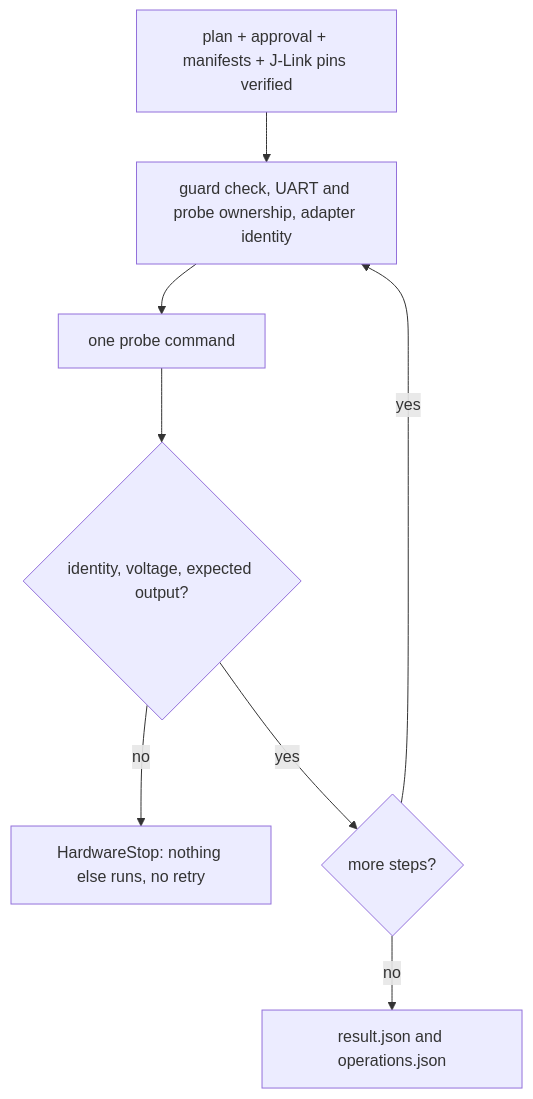
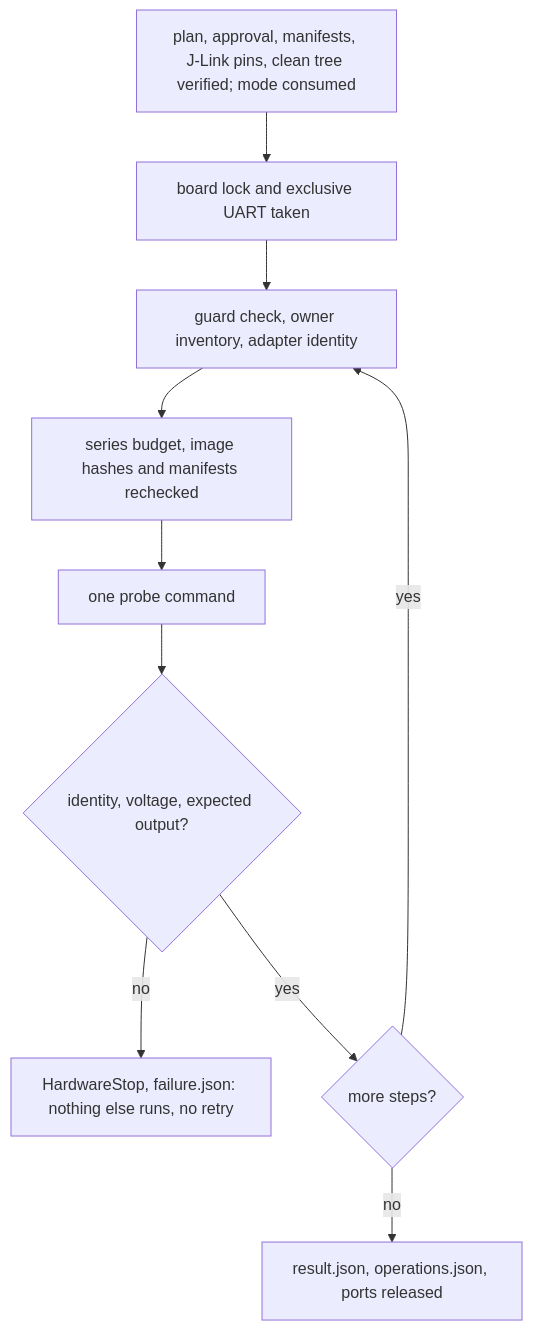
The third of 3 diagrams in docs/networking-physical-preparation.md (wonny-labs/crux-pilot), drawn with Mermaid before and after one commit. The commit also changed other lines of this file and 2 other files, not shown here.

````diff
--- a/docs/networking-physical-preparation.md
+++ b/docs/networking-physical-preparation.md
@@ -493,10 +498,12 @@
 ```mermaid
 flowchart TD
-    A[plan + approval + manifests + J-Link pins verified] --> B[guard check, UART and probe ownership, adapter identity]
-    B --> C[one probe command]
+    A[plan, approval, manifests, J-Link pins, clean tree verified; mode consumed] --> L[board lock and exclusive UART taken]
+    L --> B[guard check, owner inventory, adapter identity]
+    B --> R[series budget, image hashes and manifests rechecked]
+    R --> C[one probe command]
     C --> D{identity, voltage, expected output?}
-    D -- no --> X[HardwareStop: nothing else runs, no retry]
+    D -- no --> X[HardwareStop, failure.json: nothing else runs, no retry]
     D -- yes --> E{more steps?}
     E -- yes --> B
-    E -- no --> F[result.json and operations.json]
+    E -- no --> F[result.json, operations.json, ports released]
 ```
````
